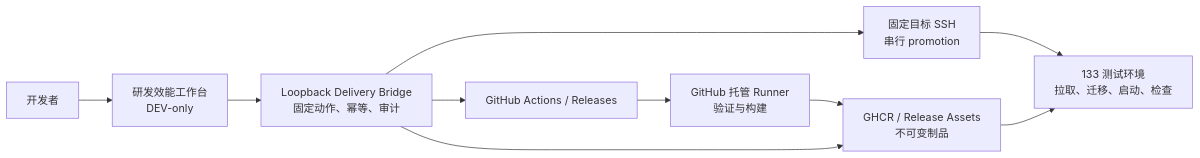
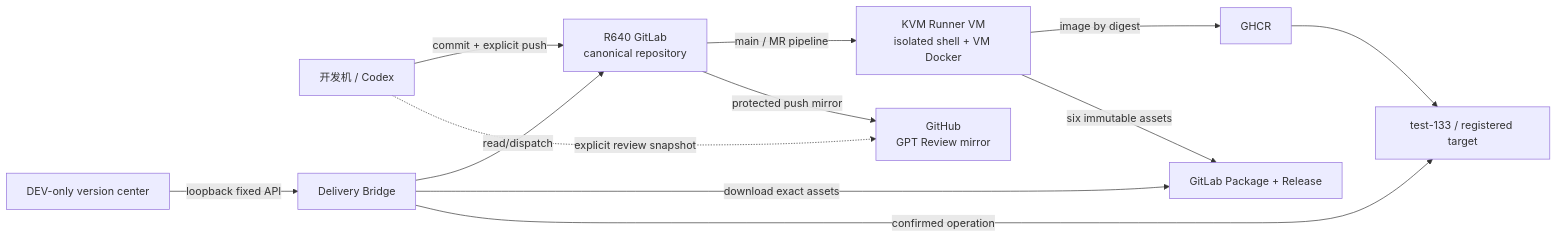
Before and after one commit to saurick/plush-toy-erp: the diagram in docs/engineering/研发效能工作台与CI-CD设计.md, drawn with Mermaid. The commit also changed other lines of this file and 43 other files, not shown here.

Commit message:
feat(devops): 搭建 R640 GitLab 与 CI/CD 主链

````diff
--- a/docs/engineering/研发效能工作台与CI-CD设计.md
+++ b/docs/engineering/研发效能工作台与CI-CD设计.md
@@ -21,21 +15,14 @@
 ```mermaid
 flowchart LR
-    U["开发者"]
-    W["研发效能工作台<br/>DEV-only"]
-    B["Loopback Delivery Bridge<br/>固定动作、幂等、审计"]
-    G["GitHub Actions / Releases"]
-    H["GitHub 托管 Runner<br/>验证与构建"]
-    R["GHCR / Release Assets<br/>不可变制品"]
-    S["固定目标 SSH<br/>串行 promotion"]
-    T["133 测试环境<br/>拉取、迁移、启动、检查"]
-
-    U --> W
-    W --> B
-    B --> G
-    G --> H
-    H --> R
-    B --> R
-    B --> S
-    S --> T
-    R --> T
+  L["开发机 / Codex"] -->|commit + explicit push| G["R640 GitLab<br/>canonical repository"]
+  L -.->|explicit review snapshot| H
+  G -->|main / MR pipeline| R["KVM Runner VM<br/>isolated shell + VM Docker"]
+  G -->|protected push mirror| H["GitHub<br/>GPT Review mirror"]
+  R -->|image by digest| C["GHCR"]
+  R -->|six immutable assets| P["GitLab Package + Release"]
+  W["DEV-only version center"] -->|loopback fixed API| B["Delivery Bridge"]
+  B -->|read/dispatch| G
+  B -->|download exact assets| P
+  B -->|confirmed operation| T["test-133 / registered target"]
+  C --> T
 ```
````
